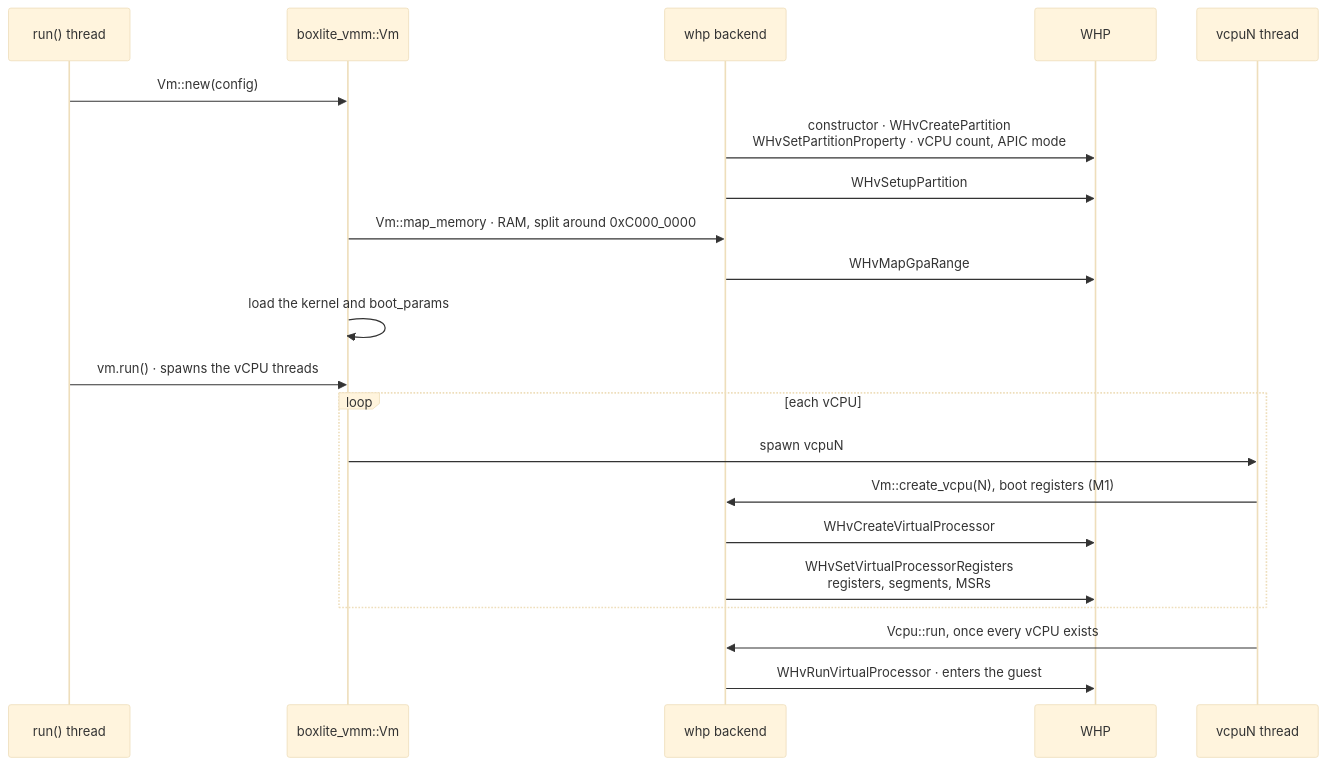
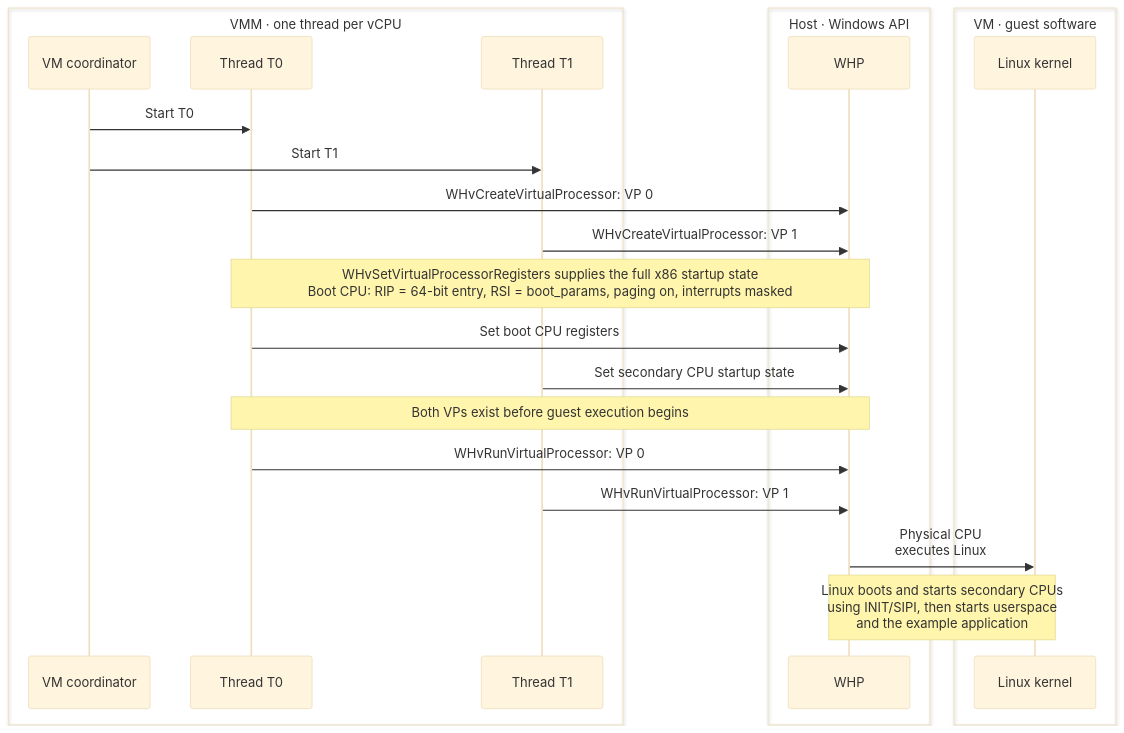
One commit to boxlite-ai/boxlite changed the fifth of 12 diagrams in docs/architecture/vmm/whp.md. Above: the diagram before and after it, drawn with Mermaid (base theme). The commit also changed other lines of this file and 3 other files, not shown here.

````diff
--- a/docs/architecture/vmm/whp.md
+++ b/docs/architecture/vmm/whp.md
@@ -77,36 +137,35 @@
 ```mermaid
 sequenceDiagram
-  participant caller as run() thread
-  participant vm as boxlite_vmm::Vm
-  participant backend as whp backend
-  participant whp as WHP
-  participant vcpu as vcpuN thread
-  %% edge:s_new
-  caller->>vm: Vm::new(config)
-  %% edge:s_partition
-  backend->>whp: constructor · WHvCreatePartition<br/>WHvSetPartitionProperty · vCPU count, APIC mode
-  %% edge:s_setup
-  backend->>whp: WHvSetupPartition
-  %% edge:s_map
-  vm->>backend: Vm::map_memory · RAM, split around 0xC000_0000
-  %% edge:s_gpa
-  backend->>whp: WHvMapGpaRange
-  %% edge:s_load
-  vm->>vm: load the kernel and boot_params
-  %% edge:s_run_call
-  caller->>vm: vm.run() · spawns the vCPU threads
-  loop each vCPU
-  %% edge:s_spawn
-  vm->>vcpu: spawn vcpuN
-  %% edge:s_create_vcpu
-  vcpu->>backend: Vm::create_vcpu(N), boot registers (M1)
-  %% edge:s_vp
-  backend->>whp: WHvCreateVirtualProcessor
-  %% edge:s_regs
-  backend->>whp: WHvSetVirtualProcessorRegisters<br/>registers, segments, MSRs
+  box VMM · one thread per vCPU
+    participant coordinator as VM coordinator
+    participant thread0 as Thread T0
+    participant thread1 as Thread T1
   end
-  %% edge:s_vcpu_run
-  vcpu->>backend: Vcpu::run, once every vCPU exists
-  %% edge:s_whv_run
-  backend->>whp: WHvRunVirtualProcessor · enters the guest
+  box Host · Windows API
+    participant host_api as WHP
+  end
+  box VM · guest software
+    participant kernel as Linux kernel
+  end
+  %% edge:whp_6_e1
+  coordinator->>thread0: Start T0
+  %% edge:whp_6_e2
+  coordinator->>thread1: Start T1
+  %% edge:whp_6_e3
+  thread0->>host_api: WHvCreateVirtualProcessor: VP 0
+  %% edge:whp_6_e4
+  thread1->>host_api: WHvCreateVirtualProcessor: VP 1
+  Note over thread0,host_api: WHvSetVirtualProcessorRegisters supplies the full x86 startup state<br/>Boot CPU: RIP = 64-bit entry, RSI = boot_params, paging on, interrupts masked
+  %% edge:whp_6_e5
+  thread0->>host_api: Set boot CPU registers
+  %% edge:whp_6_e6
+  thread1->>host_api: Set secondary CPU startup state
+  Note over thread0,host_api: Both VPs exist before guest execution begins
+  %% edge:whp_6_e7
+  thread0->>host_api: WHvRunVirtualProcessor: VP 0
+  %% edge:whp_6_e8
+  thread1->>host_api: WHvRunVirtualProcessor: VP 1
+  %% edge:whp_6_e9
+  host_api->>kernel: Physical CPU<br/>executes Linux
+  Note over host_api,kernel: Linux boots and starts secondary CPUs<br/>using INIT/SIPI, then starts userspace<br/>and the example application
 ```
````
